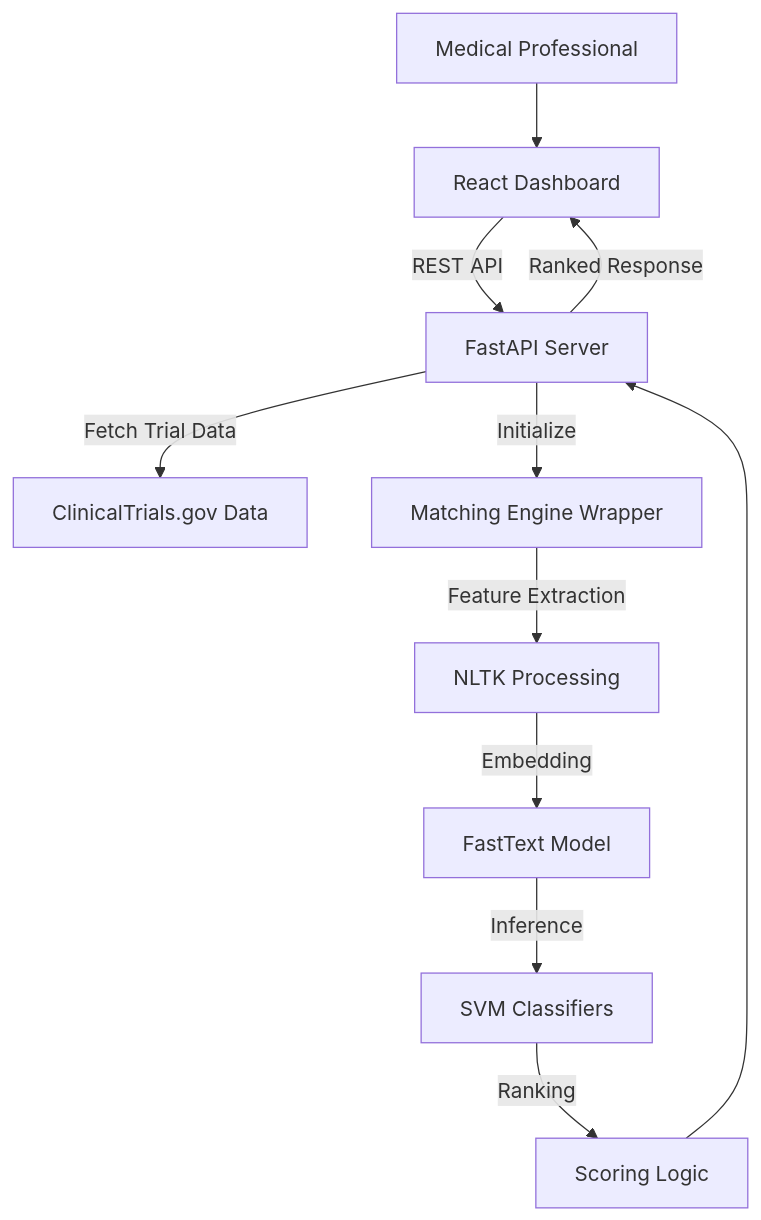
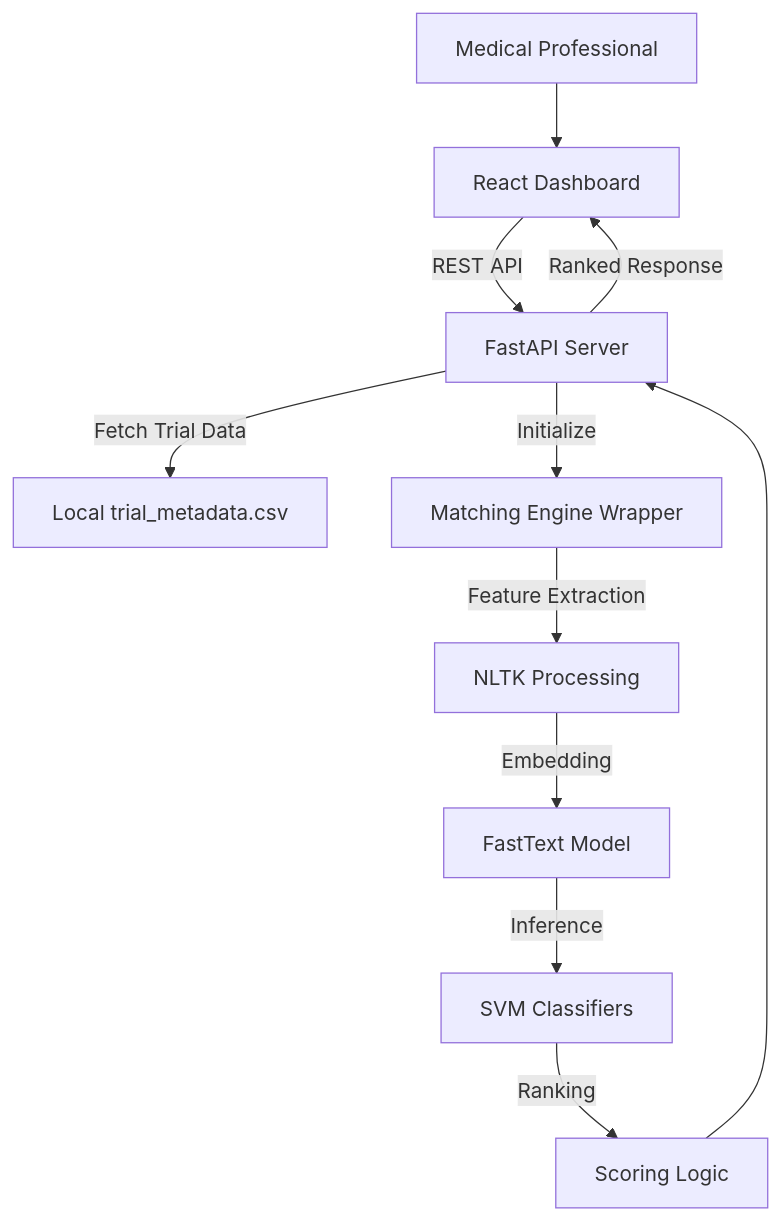
The diagram in README.md (Dev10-sys/Automated-Matching-of-Patients-to-Clinical-Trials), drawn with Mermaid before and after one commit. The commit also changed other lines of this file and 4 other files, not shown here.

````diff
--- a/README.md
+++ b/README.md
@@ -18,13 +33,13 @@
 ```mermaid
 graph TD
     User[Medical Professional] --> Frontend[React Dashboard]
     Frontend -->|REST API| API[FastAPI Server]
-    API -->|Fetch Trial Data| CTGov[ClinicalTrials.gov Data]
+    API -->|Fetch Trial Data| CTGov[Local trial_metadata.csv]
     API -->|Initialize| Matcher[Matching Engine Wrapper]
     Matcher -->|Feature Extraction| NLP[NLTK Processing]
     NLP -->|Embedding| FT[FastText Model]
     FT -->|Inference| SVM[SVM Classifiers]
     SVM -->|Ranking| Scorer[Scoring Logic]
     Scorer --> API
     API -->|Ranked Response| Frontend
 ```
````
